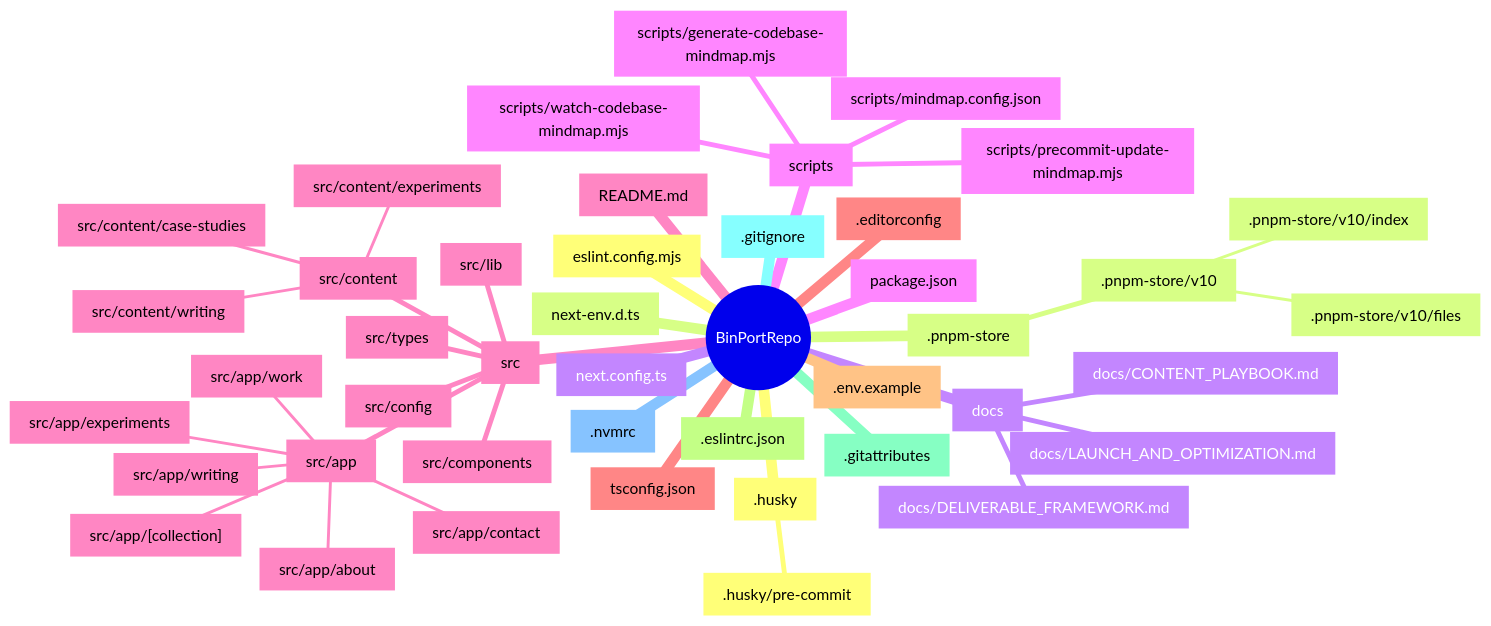
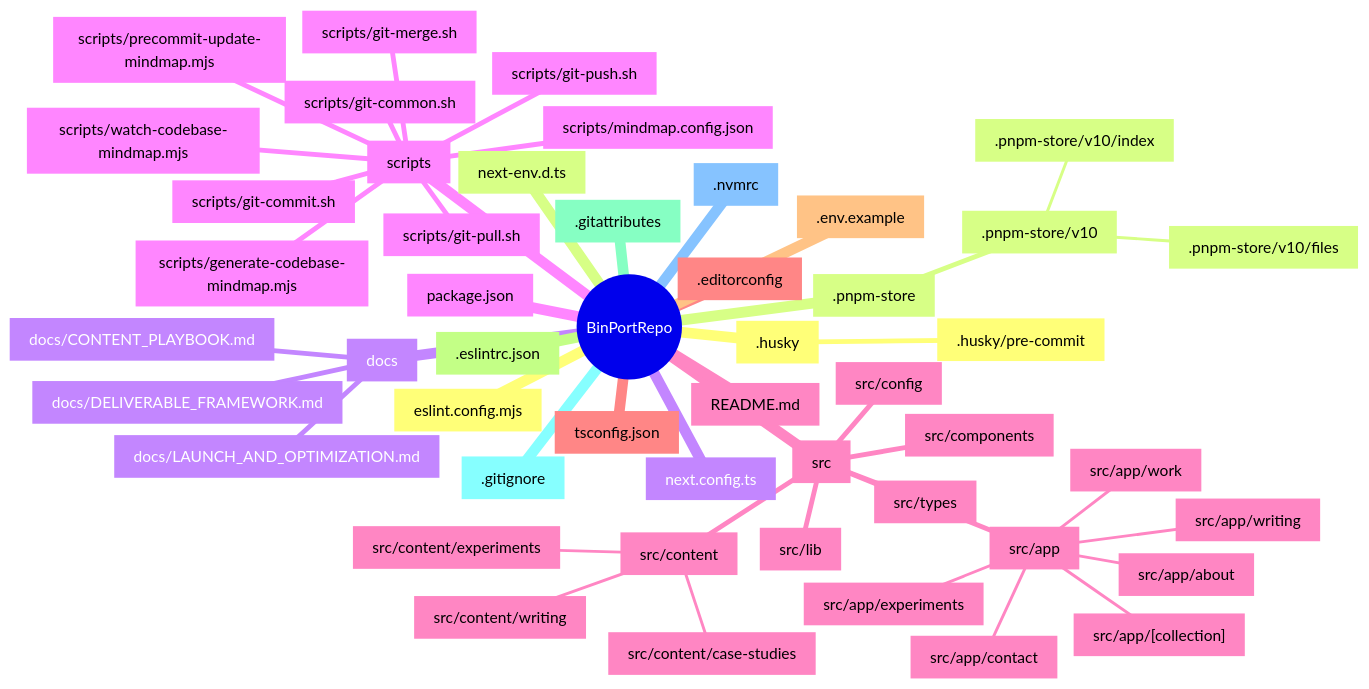
The diagram in docs/codebase-mindmap.mmd (binho3399/BinPort), drawn with Mermaid before and after one commit. The commit also changed 6 other files, not shown here.

````diff
--- a/docs/codebase-mindmap.mmd
+++ b/docs/codebase-mindmap.mmd
@@ -9,47 +9,52 @@
 ```mermaid
 mindmap
   root(("BinPortRepo"))
     husky[".husky"]
       husky_pre_commit[".husky/pre-commit"]
     pnpm_store[".pnpm-store"]
       pnpm_store_v10[".pnpm-store/v10"]
         pnpm_store_v10_files[".pnpm-store/v10/files"]
         pnpm_store_v10_index[".pnpm-store/v10/index"]
     docs["docs"]
       docs_CONTENT_PLAYBOOK_md["docs/CONTENT_PLAYBOOK.md"]
       docs_DELIVERABLE_FRAMEWORK_md["docs/DELIVERABLE_FRAMEWORK.md"]
       docs_LAUNCH_AND_OPTIMIZATION_md["docs/LAUNCH_AND_OPTIMIZATION.md"]
     scripts["scripts"]
       scripts_generate_codebase_mindmap_mjs["scripts/generate-codebase-mindmap.mjs"]
+      scripts_git_commit_sh["scripts/git-commit.sh"]
+      scripts_git_common_sh["scripts/git-common.sh"]
+      scripts_git_merge_sh["scripts/git-merge.sh"]
+      scripts_git_pull_sh["scripts/git-pull.sh"]
+      scripts_git_push_sh["scripts/git-push.sh"]
       scripts_mindmap_config_json["scripts/mindmap.config.json"]
       scripts_precommit_update_mindmap_mjs["scripts/precommit-update-mindmap.mjs"]
       scripts_watch_codebase_mindmap_mjs["scripts/watch-codebase-mindmap.mjs"]
     src["src"]
       src_app["src/app"]
         src_app_collection["src/app/[collection]"]
         src_app_about["src/app/about"]
         src_app_contact["src/app/contact"]
         src_app_experiments["src/app/experiments"]
         src_app_work["src/app/work"]
         src_app_writing["src/app/writing"]
       src_components["src/components"]
       src_config["src/config"]
       src_content["src/content"]
         src_content_case_studies["src/content/case-studies"]
         src_content_experiments["src/content/experiments"]
         src_content_writing["src/content/writing"]
       src_lib["src/lib"]
       src_types["src/types"]
     editorconfig[".editorconfig"]
     env_example[".env.example"]
     eslintrc_json[".eslintrc.json"]
     gitattributes[".gitattributes"]
     gitignore[".gitignore"]
     nvmrc[".nvmrc"]
     eslint_config_mjs["eslint.config.mjs"]
     next_env_d_ts["next-env.d.ts"]
     next_config_ts["next.config.ts"]
     package_json["package.json"]
     README_md["README.md"]
     tsconfig_json["tsconfig.json"]
 ```
````
